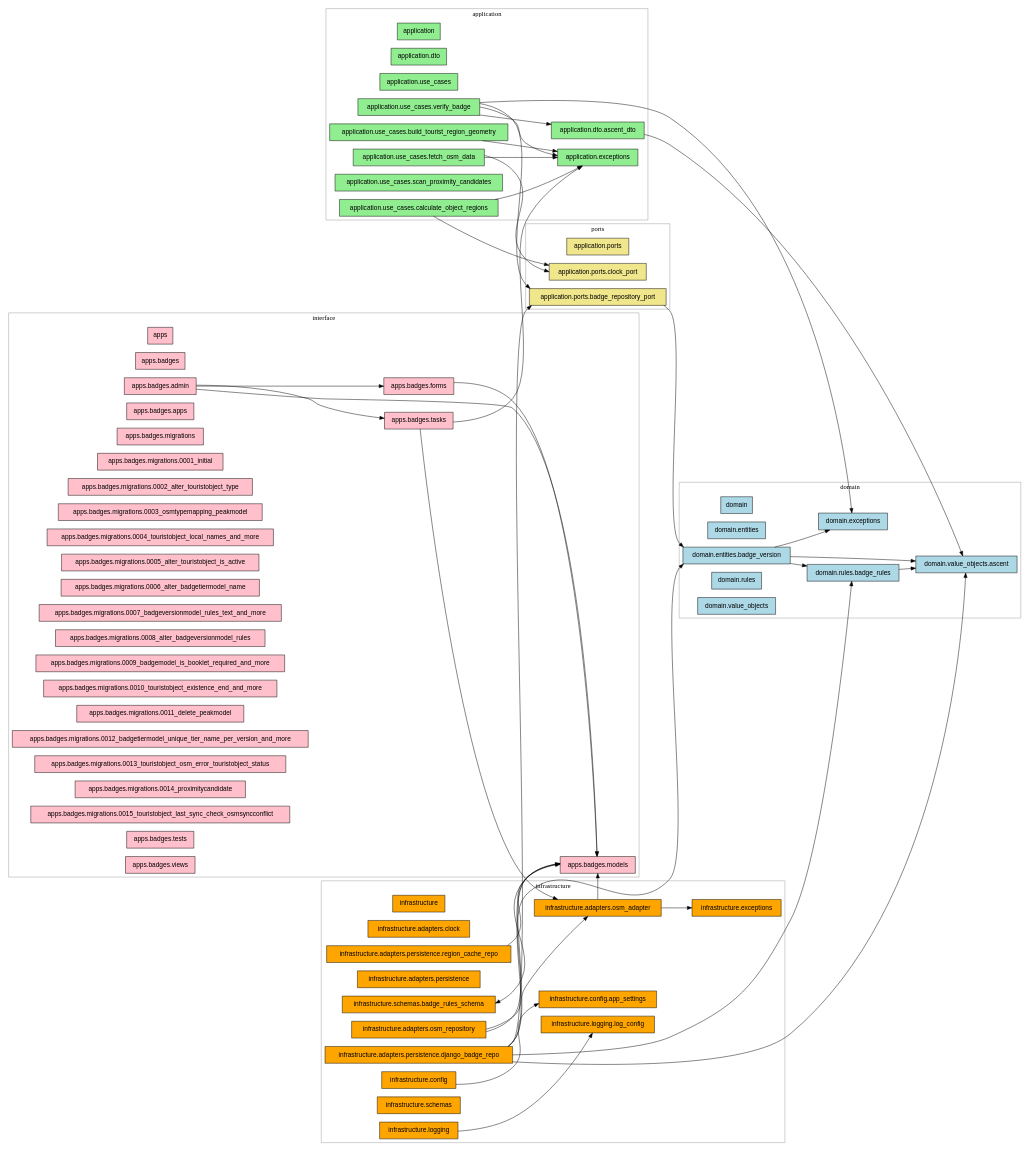
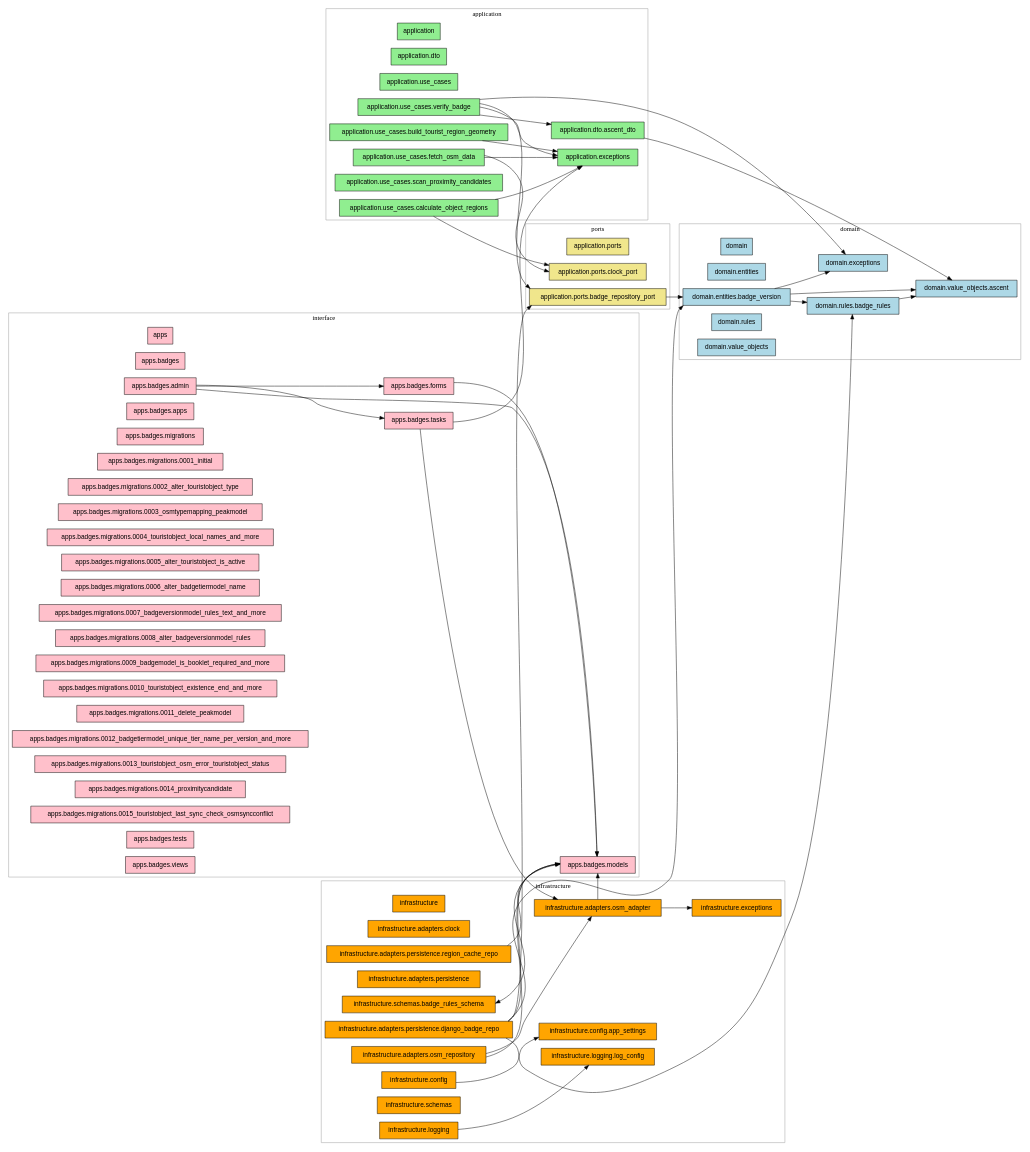
Before and after one commit to Marek1Marecki/badges_system: the diagram in dependencies.dot, drawn with Graphviz. The commit also changed 17 other files, not shown here.

First line of the commit message:
Remove ActivityType enum and activity field from Ascent value object

```diff
--- a/dependencies.dot
+++ b/dependencies.dot
@@ -1,125 +1,124 @@
 digraph G {
   rankdir=LR;
   graph [splines=true, overlap=false];
   node [shape=box, style=filled, fontname=Helvetica];
 
   subgraph cluster_domain {
     label="domain";
     color=gray60;
     "domain" [fillcolor="lightblue"];
     "domain.entities" [fillcolor="lightblue"];
     "domain.entities.badge_version" [fillcolor="lightblue"];
     "domain.exceptions" [fillcolor="lightblue"];
     "domain.rules" [fillcolor="lightblue"];
     "domain.rules.badge_rules" [fillcolor="lightblue"];
     "domain.value_objects" [fillcolor="lightblue"];
     "domain.value_objects.ascent" [fillcolor="lightblue"];
   }
 
   subgraph cluster_application {
     label="application";
     color=gray60;
     "application" [fillcolor="lightgreen"];
     "application.dto" [fillcolor="lightgreen"];
     "application.dto.ascent_dto" [fillcolor="lightgreen"];
     "application.exceptions" [fillcolor="lightgreen"];
     "application.use_cases" [fillcolor="lightgreen"];
     "application.use_cases.build_tourist_region_geometry" [fillcolor="lightgreen"];
     "application.use_cases.calculate_object_regions" [fillcolor="lightgreen"];
     "application.use_cases.fetch_osm_data" [fillcolor="lightgreen"];
     "application.use_cases.scan_proximity_candidates" [fillcolor="lightgreen"];
     "application.use_cases.verify_badge" [fillcolor="lightgreen"];
   }
 
   subgraph cluster_ports {
     label="ports";
     color=gray60;
     "application.ports" [fillcolor="khaki"];
     "application.ports.badge_repository_port" [fillcolor="khaki"];
     "application.ports.clock_port" [fillcolor="khaki"];
   }
 
   subgraph cluster_infrastructure {
     label="infrastructure";
     color=gray60;
     "infrastructure" [fillcolor="orange"];
     "infrastructure.adapters.clock" [fillcolor="orange"];
     "infrastructure.adapters.osm_adapter" [fillcolor="orange"];
     "infrastructure.adapters.osm_repository" [fillcolor="orange"];
     "infrastructure.adapters.persistence" [fillcolor="orange"];
     "infrastructure.adapters.persistence.django_badge_repo" [fillcolor="orange"];
     "infrastructure.adapters.persistence.region_cache_repo" [fillcolor="orange"];
     "infrastructure.config" [fillcolor="orange"];
     "infrastructure.config.app_settings" [fillcolor="orange"];
     "infrastructure.exceptions" [fillcolor="orange"];
     "infrastructure.logging" [fillcolor="orange"];
     "infrastructure.logging.log_config" [fillcolor="orange"];
     "infrastructure.schemas" [fillcolor="orange"];
     "infrastructure.schemas.badge_rules_schema" [fillcolor="orange"];
   }
 
   subgraph cluster_interface {
     label="interface";
     color=gray60;
     "apps" [fillcolor="pink"];
     "apps.badges" [fillcolor="pink"];
     "apps.badges.admin" [fillcolor="pink"];
     "apps.badges.apps" [fillcolor="pink"];
     "apps.badges.forms" [fillcolor="pink"];
     "apps.badges.migrations" [fillcolor="pink"];
     "apps.badges.migrations.0001_initial" [fillcolor="pink"];
     "apps.badges.migrations.0002_alter_touristobject_type" [fillcolor="pink"];
     "apps.badges.migrations.0003_osmtypemapping_peakmodel" [fillcolor="pink"];
     "apps.badges.migrations.0004_touristobject_local_names_and_more" [fillcolor="pink"];
     "apps.badges.migrations.0005_alter_touristobject_is_active" [fillcolor="pink"];
     "apps.badges.migrations.0006_alter_badgetiermodel_name" [fillcolor="pink"];
     "apps.badges.migrations.0007_badgeversionmodel_rules_text_and_more" [fillcolor="pink"];
     "apps.badges.migrations.0008_alter_badgeversionmodel_rules" [fillcolor="pink"];
     "apps.badges.migrations.0009_badgemodel_is_booklet_required_and_more" [fillcolor="pink"];
     "apps.badges.migrations.0010_touristobject_existence_end_and_more" [fillcolor="pink"];
     "apps.badges.migrations.0011_delete_peakmodel" [fillcolor="pink"];
     "apps.badges.migrations.0012_badgetiermodel_unique_tier_name_per_version_and_more" [fillcolor="pink"];
     "apps.badges.migrations.0013_touristobject_osm_error_touristobject_status" [fillcolor="pink"];
     "apps.badges.migrations.0014_proximitycandidate" [fillcolor="pink"];
     "apps.badges.migrations.0015_touristobject_last_sync_check_osmsyncconflict" [fillcolor="pink"];
     "apps.badges.models" [fillcolor="pink"];
     "apps.badges.tasks" [fillcolor="pink"];
     "apps.badges.tests" [fillcolor="pink"];
     "apps.badges.views" [fillcolor="pink"];
   }
 
   "application.dto.ascent_dto" -> "domain.value_objects.ascent";
   "application.ports.badge_repository_port" -> "domain.entities.badge_version";
   "application.use_cases.build_tourist_region_geometry" -> "application.exceptions";
   "application.use_cases.calculate_object_regions" -> "application.exceptions";
   "application.use_cases.calculate_object_regions" -> "application.ports.clock_port";
   "application.use_cases.fetch_osm_data" -> "application.exceptions";
   "application.use_cases.fetch_osm_data" -> "application.ports.clock_port";
   "application.use_cases.verify_badge" -> "application.dto.ascent_dto";
   "application.use_cases.verify_badge" -> "application.exceptions";
   "application.use_cases.verify_badge" -> "application.ports.badge_repository_port";
   "application.use_cases.verify_badge" -> "domain.exceptions";
   "apps.badges.admin" -> "apps.badges.forms";
   "apps.badges.admin" -> "apps.badges.models";
   "apps.badges.admin" -> "apps.badges.tasks";
   "apps.badges.forms" -> "apps.badges.models";
   "apps.badges.models" -> "infrastructure.schemas.badge_rules_schema";
   "apps.badges.tasks" -> "application.exceptions";
   "apps.badges.tasks" -> "infrastructure.adapters.osm_adapter";
   "domain.entities.badge_version" -> "domain.exceptions";
   "domain.entities.badge_version" -> "domain.rules.badge_rules";
   "domain.entities.badge_version" -> "domain.value_objects.ascent";
   "domain.rules.badge_rules" -> "domain.value_objects.ascent";
   "infrastructure.adapters.osm_adapter" -> "apps.badges.models";
   "infrastructure.adapters.osm_adapter" -> "infrastructure.exceptions";
   "infrastructure.adapters.osm_repository" -> "apps.badges.models";
   "infrastructure.adapters.osm_repository" -> "infrastructure.adapters.osm_adapter";
   "infrastructure.adapters.persistence.django_badge_repo" -> "application.ports.badge_repository_port";
   "infrastructure.adapters.persistence.django_badge_repo" -> "apps.badges.models";
   "infrastructure.adapters.persistence.django_badge_repo" -> "domain.entities.badge_version";
   "infrastructure.adapters.persistence.django_badge_repo" -> "domain.rules.badge_rules";
-  "infrastructure.adapters.persistence.django_badge_repo" -> "domain.value_objects.ascent";
   "infrastructure.adapters.persistence.region_cache_repo" -> "apps.badges.models";
   "infrastructure.config" -> "infrastructure.config.app_settings";
   "infrastructure.logging" -> "infrastructure.logging.log_config";
 }
```
